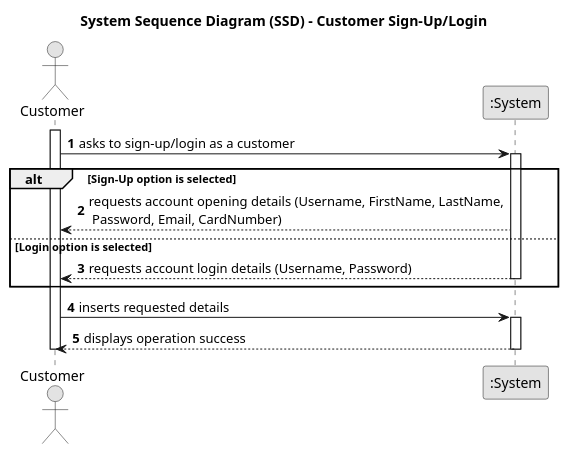
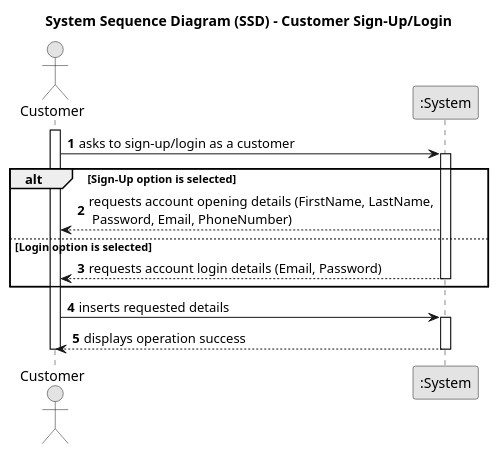
Before and after one commit to MiguelCardoso77/LAPR4: the diagram in docs/SprintB/G007/G007-system-sequence-diagram-customerApp.puml, drawn with PlantUML. The commit also changed 8 other files, not shown here.

```diff
--- a/docs/SprintB/G007/G007-system-sequence-diagram-customerApp.puml
+++ b/docs/SprintB/G007/G007-system-sequence-diagram-customerApp.puml
@@ -1,35 +1,35 @@
 @startuml
 skinparam monochrome true
 skinparam packageStyle rectangle
 skinparam shadowing false
 
 title System Sequence Diagram (SSD) - Customer Sign-Up/Login
 
 autonumber
 
 actor "Customer" as CUSTOMER
 participant ":System" as System
 
 activate CUSTOMER
 
     CUSTOMER -> System : asks to sign-up/login as a customer
     activate System
 
     alt Sign-Up option is selected
-       System --> CUSTOMER : requests account opening details (Username, FirstName, LastName,\n Password, Email, CardNumber)
+       System --> CUSTOMER : requests account opening details (FirstName, LastName,\n Password, Email, PhoneNumber)
 
     else Login option is selected
-        System --> CUSTOMER : requests account login details (Username, Password)
+        System --> CUSTOMER : requests account login details (Email, Password)
 
     deactivate System
     end
 
     CUSTOMER -> System : inserts requested details
     activate System
 
         System --> CUSTOMER : displays operation success
     deactivate System
 
 deactivate CUSTOMER
 
 @enduml
```
